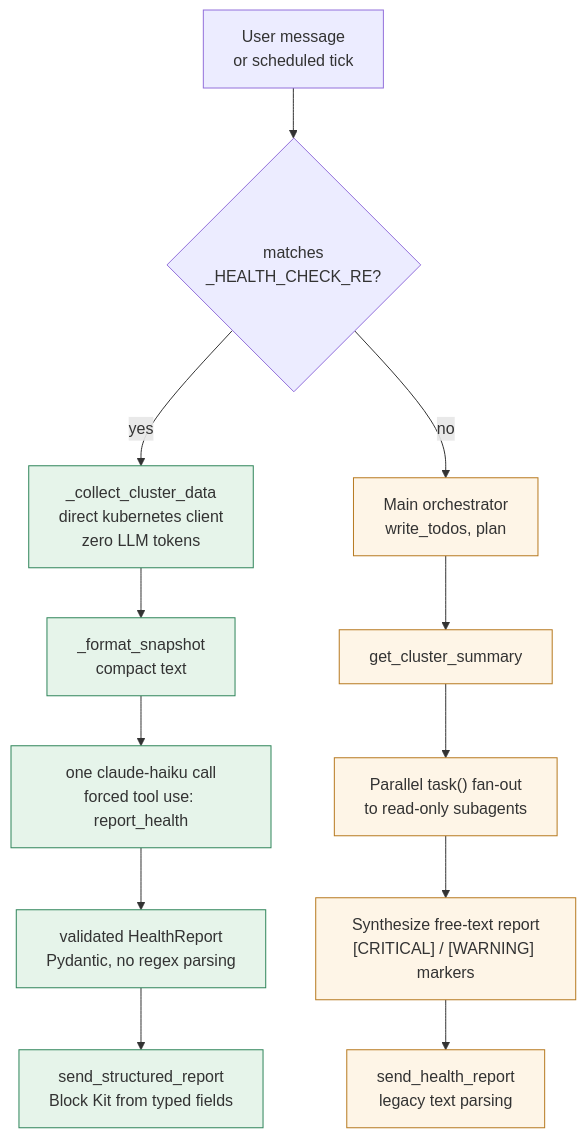
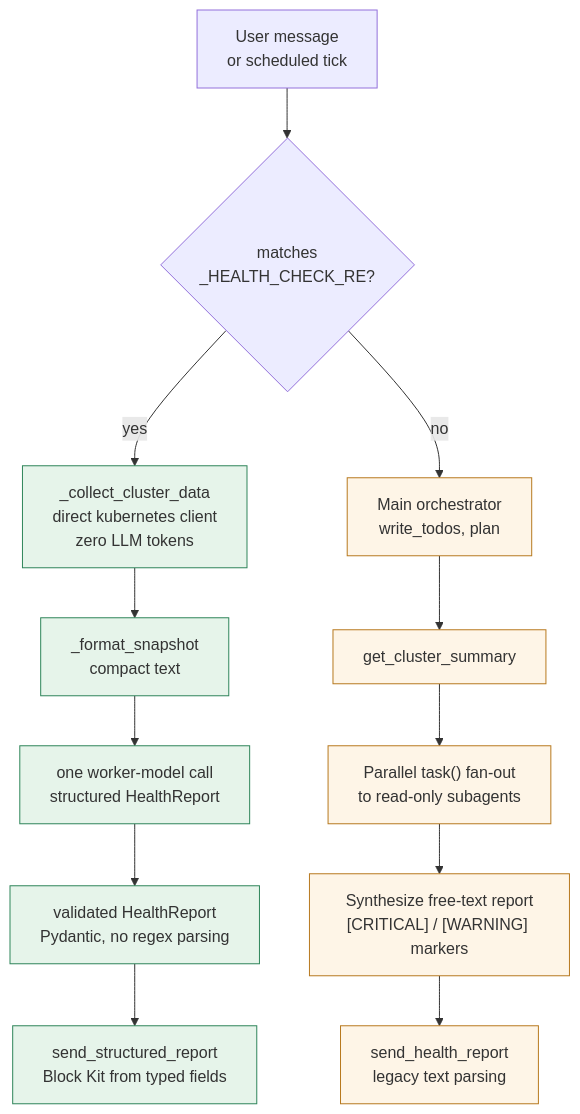
Before and after one commit to jonfairbanks/sre-agent: the third of 5 diagrams in docs/architecture.md, drawn with Mermaid. The commit also changed other lines of this file and 47 other files, not shown here.

````diff
--- a/docs/architecture.md
+++ b/docs/architecture.md
@@ -178,21 +178,21 @@
 ```mermaid
 flowchart TB
     IN["User message<br/>or scheduled tick"] --> Q{"matches<br/>_HEALTH_CHECK_RE?"}
 
     Q -->|yes| B1["_collect_cluster_data<br/>direct kubernetes client<br/>zero LLM tokens"]
     B1 --> B2["_format_snapshot<br/>compact text"]
-    B2 --> B3["one claude-haiku call<br/>forced tool use: report_health"]
+    B2 --> B3["one worker-model call<br/>structured HealthReport"]
     B3 --> B4["validated HealthReport<br/>Pydantic, no regex parsing"]
     B4 --> B5["send_structured_report<br/>Block Kit from typed fields"]
 
     Q -->|no| O1["Main orchestrator<br/>write_todos, plan"]
     O1 --> O2["get_cluster_summary"]
     O2 --> O3["Parallel task() fan-out<br/>to read-only subagents"]
     O3 --> O4["Synthesize free-text report<br/>[CRITICAL] / [WARNING] markers"]
     O4 --> O5["send_health_report<br/>legacy text parsing"]
 
     classDef bounded fill:#e6f4ea,stroke:#2f855a
     classDef unbounded fill:#fef5e7,stroke:#b7791f
     class B1,B2,B3,B4,B5 bounded
     class O1,O2,O3,O4,O5 unbounded
 ```
````
